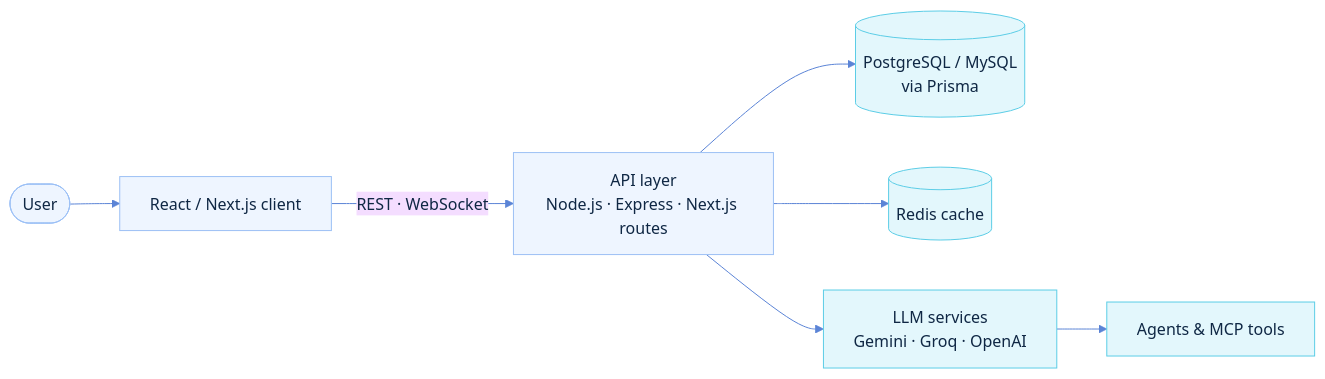
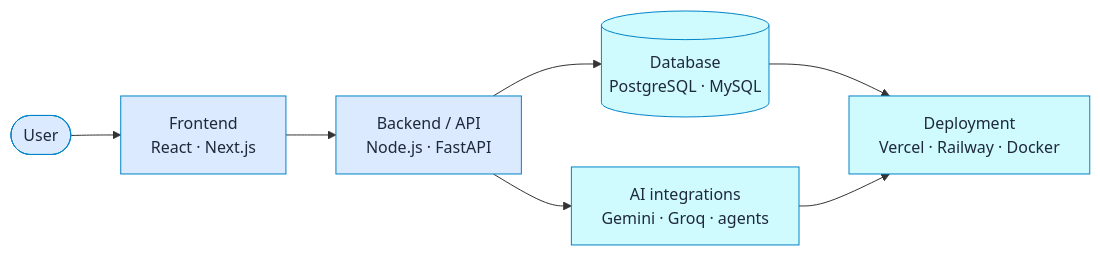
Before and after one commit to vardhan23v/vardhan23v: the diagram in README.md, drawn with Mermaid. The commit also changed other lines of this file and 50 other files, not shown here.

First line of the commit message:
Redesign profile README as a soft-glass developer portfolio

````diff
--- a/README.md
+++ b/README.md
@@ -120,15 +180,14 @@
 ```mermaid
-%%{init: {"theme": "base", "themeVariables": {"fontFamily": "Inter, Segoe UI, Helvetica, Arial, sans-serif", "lineColor": "#5B84D6", "primaryTextColor": "#0F2744"}}}%%
 flowchart LR
-    U([User]) --> C[React / Next.js client]
-    C -->|REST · WebSocket| A[API layer<br/>Node.js · Express · Next.js routes]
-    A --> D[(PostgreSQL / MySQL<br/>via Prisma)]
-    A --> R[(Redis cache)]
-    A --> L[LLM services<br/>Gemini · Groq · OpenAI]
-    L --> T[Agents & MCP tools]
+    U([User]) --> F[Frontend<br/>React · Next.js]
+    F --> B[Backend / API<br/>Node.js · FastAPI]
+    B --> D[(Database<br/>PostgreSQL · MySQL)]
+    B --> AI[AI integrations<br/>Gemini · Groq · agents]
+    D --> P[Deployment<br/>Vercel · Railway · Docker]
+    AI --> P
 
-    classDef glass fill:#EEF5FF,stroke:#9CC0F5,stroke-width:1px,color:#0F2744;
-    classDef accent fill:#E3F7FC,stroke:#5CCDE6,stroke-width:1px,color:#0F2744;
-    class U,C,A glass;
-    class D,R,L,T accent;
+    classDef soft fill:#DBEAFE,stroke:#0284C7,stroke-width:1px,color:#1E293B;
+    classDef cyan fill:#CFFAFE,stroke:#0284C7,stroke-width:1px,color:#1E293B;
+    class U,F,B soft;
+    class D,AI,P cyan;
 ```
````
